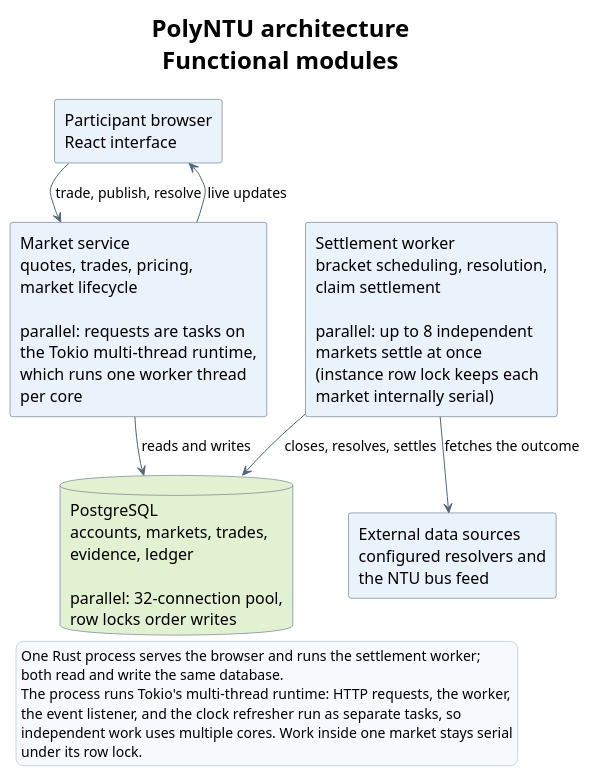
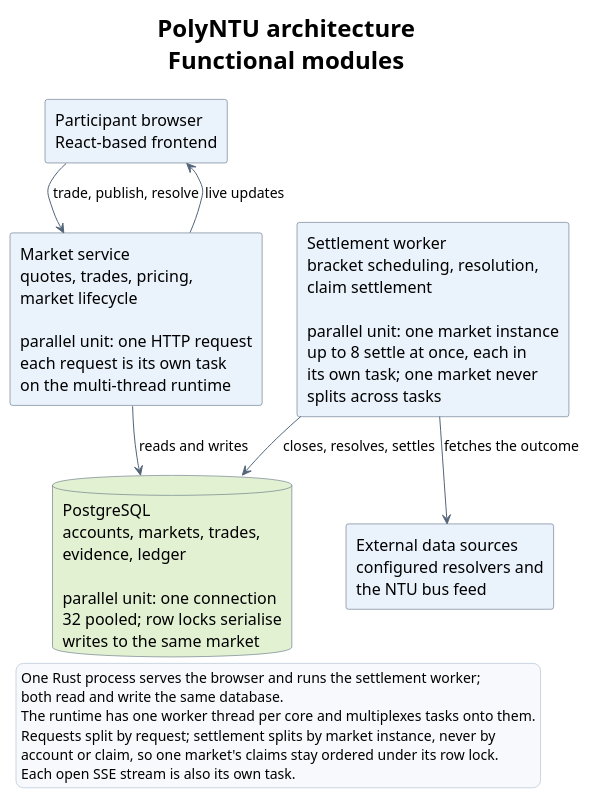
The diagram in lab3/architecture-overview.puml (sagar2377/PolyNTU), drawn with PlantUML before and after one commit. The commit also changed 5 other files, not shown here.

```diff
--- a/lab3/architecture-overview.puml
+++ b/lab3/architecture-overview.puml
@@ -1,45 +1,45 @@
 @startuml
 !pragma layout smetana
 hide circle
 hide empty members
 skinparam shadowing false
 skinparam backgroundColor #FFFFFF
 skinparam defaultFontName Arial
 skinparam defaultFontSize 16
 skinparam classAttributeIconSize 0
 skinparam componentStyle rectangle
 skinparam componentBorderColor #40546A
 skinparam componentBackgroundColor #EAF2FC
 skinparam databaseBackgroundColor #E3F1D3
 skinparam databaseBorderColor #40546A
 skinparam ArrowColor #526579
 skinparam ArrowFontSize 14
 skinparam nodesep 60
 skinparam ranksep 70
 skinparam titleFontSize 24
 skinparam legendBackgroundColor #F7F9FC
 skinparam legendBorderColor #CBD5E1
 
 title PolyNTU architecture\nFunctional modules
 
-component "Participant browser\nReact interface" as Browser
-component "Market service\nquotes, trades, pricing,\nmarket lifecycle\n\nparallel: requests are tasks on\nthe Tokio multi-thread runtime,\nwhich runs one worker thread\nper core" as Service
-component "Settlement worker\nbracket scheduling, resolution,\nclaim settlement\n\nparallel: up to 8 independent\nmarkets settle at once\n(instance row lock keeps each\nmarket internally serial)" as Worker
-database "PostgreSQL\naccounts, markets, trades,\nevidence, ledger\n\nparallel: 32-connection pool,\nrow locks order writes" as Db
+component "Participant browser\nReact-based frontend" as Browser
+component "Market service\nquotes, trades, pricing,\nmarket lifecycle\n\nparallel unit: one HTTP request\neach request is its own task\non the multi-thread runtime" as Service
+component "Settlement worker\nbracket scheduling, resolution,\nclaim settlement\n\nparallel unit: one market instance\nup to 8 settle at once, each in\nits own task; one market never\nsplits across tasks" as Worker
+database "PostgreSQL\naccounts, markets, trades,\nevidence, ledger\n\nparallel unit: one connection\n32 pooled; row locks serialise\nwrites to the same market" as Db
 component "External data sources\nconfigured resolvers and\nthe NTU bus feed" as Sources
 
 Browser --> Service : trade, publish, resolve
 Service --> Browser : live updates
 Service --> Db : reads and writes
 Worker --> Db : closes, resolves, settles
 Worker --> Sources : fetches the outcome
 
 legend bottom left
   One Rust process serves the browser and runs the settlement worker;
   both read and write the same database.
-  The process runs Tokio's multi-thread runtime: HTTP requests, the worker,
-  the event listener, and the clock refresher run as separate tasks, so
-  independent work uses multiple cores. Work inside one market stays serial
-  under its row lock.
+  The runtime has one worker thread per core and multiplexes tasks onto them.
+  Requests split by request; settlement splits by market instance, never by
+  account or claim, so one market's claims stay ordered under its row lock.
+  Each open SSE stream is also its own task.
 endlegend
 @enduml
```
